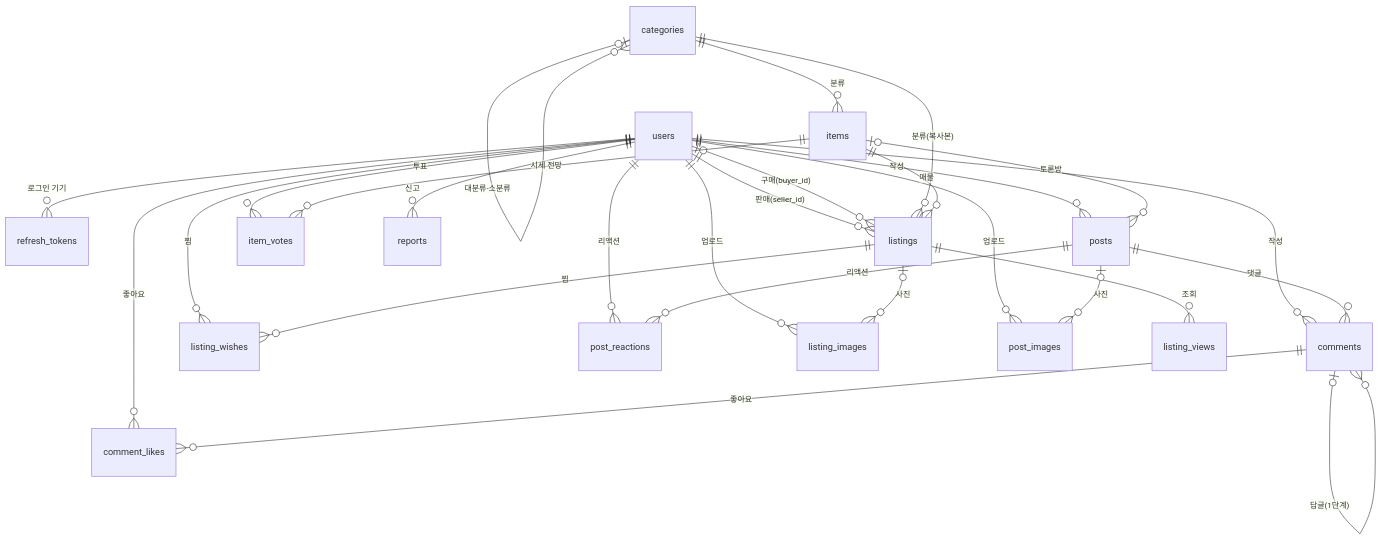
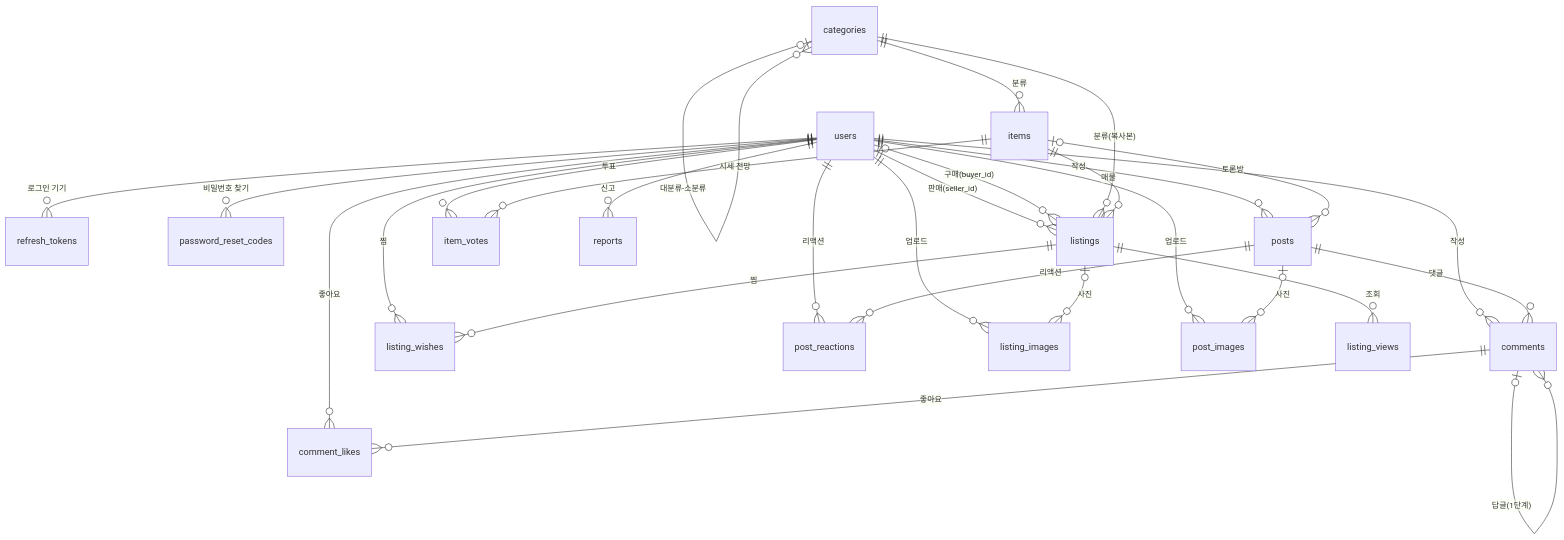
The diagram in backend/docs/erd.md (likelion-backendschool-11st/basic-project-4team), drawn with Mermaid before and after one commit. The commit also changed other lines of this file and 39 other files, not shown here.

````diff
--- a/backend/docs/erd.md
+++ b/backend/docs/erd.md
@@ -44,33 +44,34 @@
 ```mermaid
 erDiagram
     users ||--o{ refresh_tokens : "로그인 기기"
+    users ||--o{ password_reset_codes : "비밀번호 찾기"
     users ||--o{ listings : "판매(seller_id)"
     users |o--o{ listings : "구매(buyer_id)"
     users ||--o{ posts : "작성"
     users ||--o{ comments : "작성"
     users ||--o{ listing_wishes : "찜"
     users ||--o{ post_reactions : "리액션"
     users ||--o{ comment_likes : "좋아요"
     users ||--o{ item_votes : "투표"
     users ||--o{ reports : "신고"
     users ||--o{ listing_images : "업로드"
     users ||--o{ post_images : "업로드"
 
     categories |o--o{ categories : "대분류-소분류"
     categories ||--o{ items : "분류"
     categories ||--o{ listings : "분류(복사본)"
 
     items ||--o{ listings : "매물"
     items |o--o{ posts : "토론방"
     items ||--o{ item_votes : "시세 전망"
 
     listings |o--o{ listing_images : "사진"
     listings ||--o{ listing_wishes : "찜"
     listings ||--o{ listing_views : "조회"
 
     posts |o--o{ post_images : "사진"
     posts ||--o{ post_reactions : "리액션"
     posts ||--o{ comments : "댓글"
     comments |o--o{ comments : "답글(1단계)"
     comments ||--o{ comment_likes : "좋아요"
 ```
````
